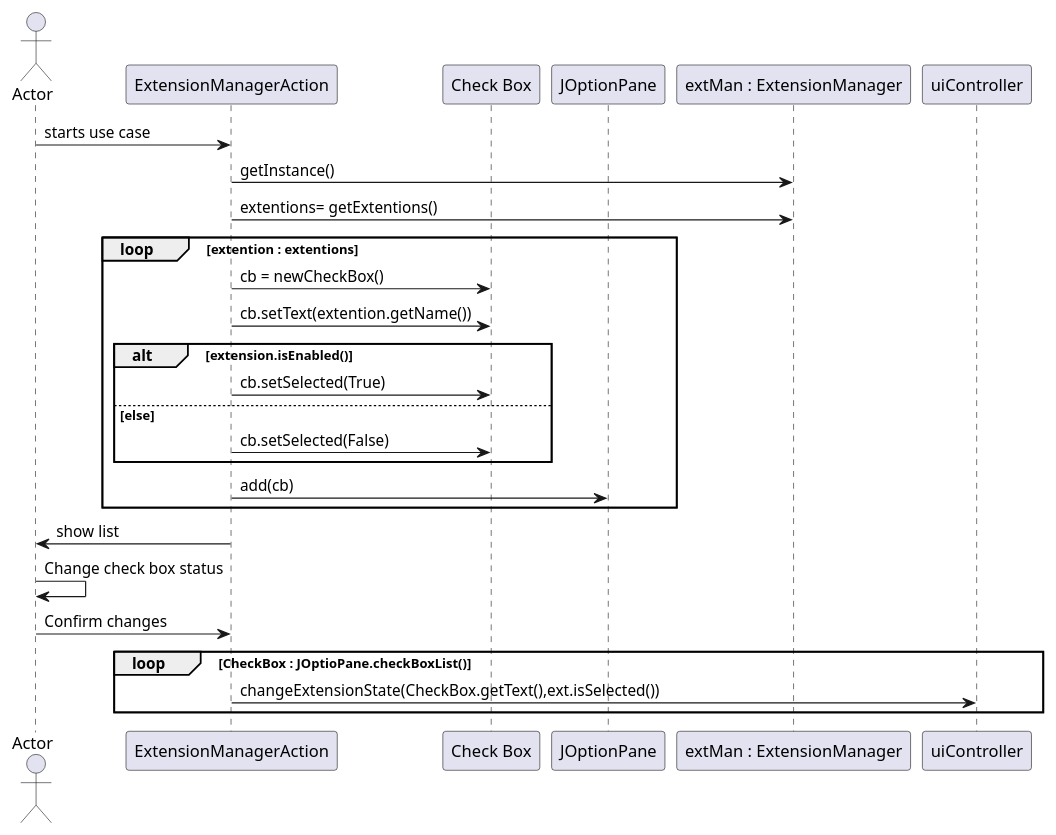
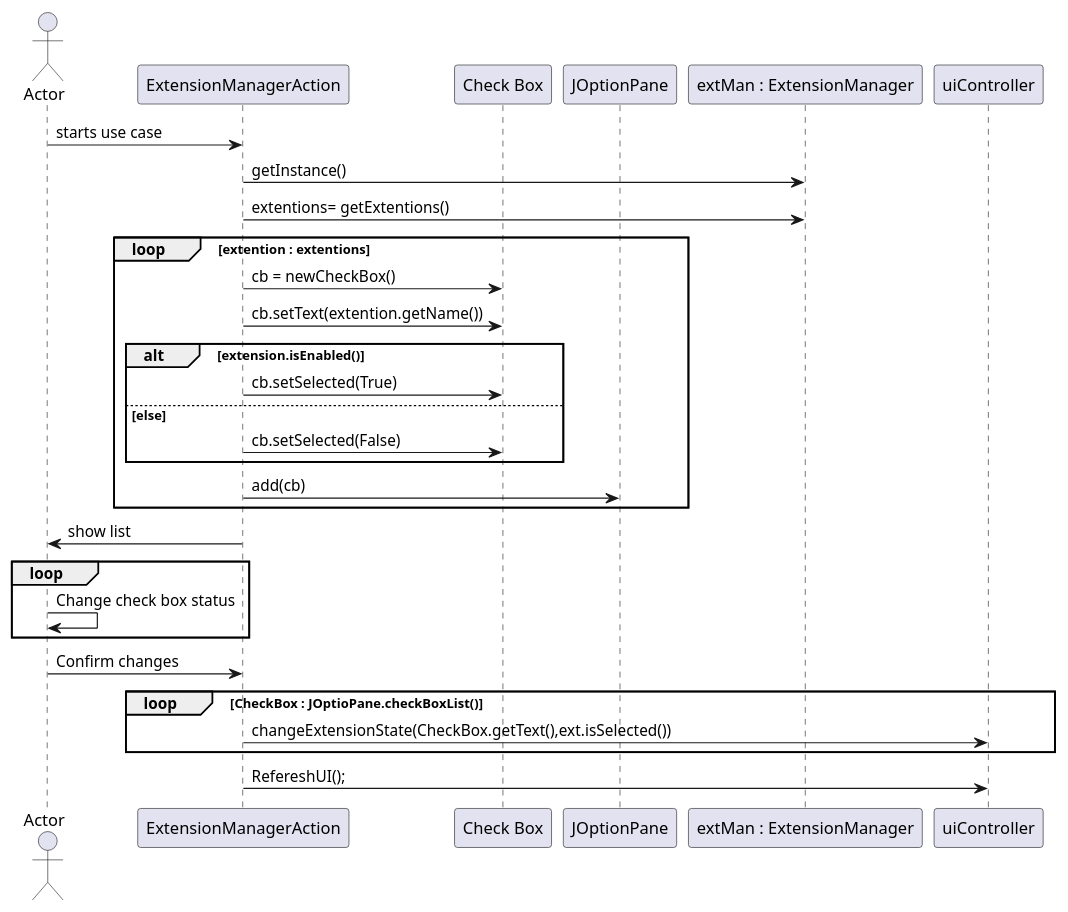
Before and after one commit to RubenTeixeira/cleansheets_isep_2dg_2016: the diagram in src/main/java/csheets/worklog/n1140280/sprint1/core01_01_design1.puml, drawn with PlantUML. The commit also changed 4 other files, not shown here.

Commit message:
LPFOURDG-110 #time 2h #comment Test fixing and diagram correction

```diff
--- a/src/main/java/csheets/worklog/n1140280/sprint1/core01_01_design1.puml
+++ b/src/main/java/csheets/worklog/n1140280/sprint1/core01_01_design1.puml
@@ -1,27 +1,30 @@
 @startuml doc-files/core01_01_design1.png
 actor Actor
   participant "ExtensionManagerAction" as ExtensionManagerAction
   participant "Check Box" as CheckB
   participant "JOptionPane" as JOption
   participant "extMan : ExtensionManager" as ExtensionManager
 
   Actor -> ExtensionManagerAction : starts use case
   ExtensionManagerAction -> ExtensionManager : getInstance()
   ExtensionManagerAction -> ExtensionManager : extentions= getExtentions()
  loop extention : extentions
   ExtensionManagerAction -> CheckB : cb = newCheckBox()
   ExtensionManagerAction -> CheckB : cb.setText(extention.getName())
       alt extension.isEnabled()
            ExtensionManagerAction -> CheckB : cb.setSelected(True)
       else else
            ExtensionManagerAction -> CheckB : cb.setSelected(False)
       end 
            ExtensionManagerAction -> JOption : add(cb)
   end
   ExtensionManagerAction -> Actor : show list
+  loop 
   Actor -> Actor : Change check box status
+  end
   Actor -> ExtensionManagerAction : Confirm changes
  loop CheckBox : JOptioPane.checkBoxList()
     ExtensionManagerAction -> uiController : changeExtensionState(CheckBox.getText(),ext.isSelected())
   end
+        ExtensionManagerAction -> uiController: RefereshUI();
 @enduml
```
